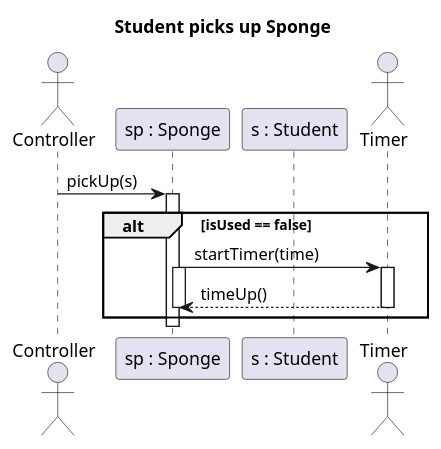
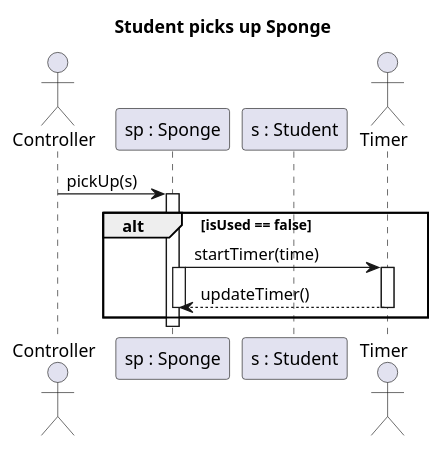
The diagram in Reko/sponge.plantuml (MBakter/echo), drawn with PlantUML before and after one commit. The commit also changed 2 other files, not shown here.

```diff
--- a/Reko/sponge.plantuml
+++ b/Reko/sponge.plantuml
@@ -1,22 +1,22 @@
 @startuml Student picks up Sponge
 title Student picks up Sponge
 
 actor Controller as C order 0
 participant "s : Student" as s order 20
 participant "sp : Sponge" as sp order 10
 actor Timer as t order 1000
 
 C -> sp : pickUp(s)
 Activate sp
 alt isUsed == false
 sp -> t : startTimer(time)
 Activate t
 Activate sp
-t --> sp : timeUp()
+t --> sp : updateTimer()
 Deactivate sp
 Deactivate t
 end
 Deactivate sp
 
 
 @enduml
```
